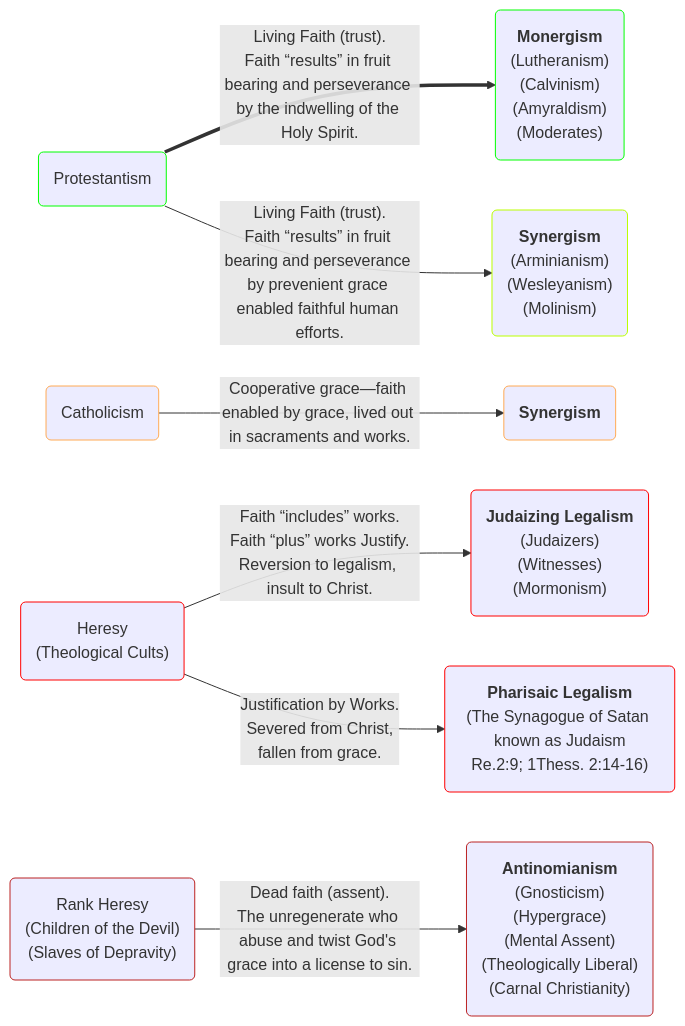
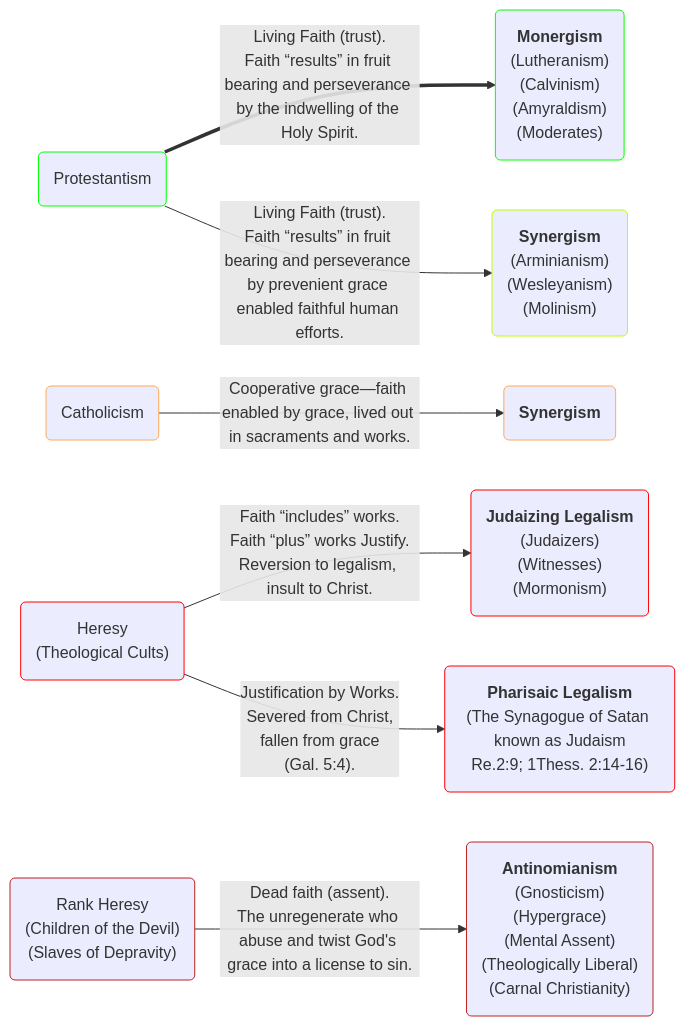
Before and after one commit to OrdoLuminis/ordoluminis.github.io: the first of 2 diagrams in _posts/2025-08-03-historic-protestant-position.markdown, drawn with Mermaid. The commit also changed other lines of this file, not shown here.

````diff
--- a/_posts/2025-08-03-historic-protestant-position.markdown
+++ b/_posts/2025-08-03-historic-protestant-position.markdown
@@ -51,18 +51,18 @@
 ```mermaid
 flowchart LR
     A(Protestantism):::green
     B(Catholicism):::orange
     C(Heresy<br>&lpar;Theological Cults&rpar;):::red
     D(Rank Heresy<br>&lpar;Children of the Devil&rpar;<br>&lpar;Slaves of Depravity&rpar;):::firebrick
     A ==>|Living Faith &lpar;trust&rpar;.<br>Faith &ldquo;results&rdquo; in fruit bearing and perseverance by the indwelling of the Holy Spirit.| E(<strong>Monergism</strong><br>&lpar;Lutheranism&rpar;<br>&lpar;Calvinism&rpar;<br>&lpar;Amyraldism&rpar;<br>&lpar;Moderates&rpar;):::green
     A -->|Living Faith &lpar;trust&rpar;.<br>Faith &ldquo;results&rdquo; in fruit bearing and perseverance by prevenient grace enabled faithful human efforts.| F(<strong>Synergism</strong><br>&lpar;Arminianism&rpar;<br>&lpar;Wesleyanism&rpar;<br>&lpar;Molinism&rpar;):::lightgreen
     B -->|Cooperative grace&mdash;faith enabled by grace, lived out in sacraments and works.|G(<strong>Synergism</strong>):::orange
     C -->|Faith &ldquo;includes&rdquo; works.<br>Faith &ldquo;plus&rdquo; works Justify.<br>Reversion to legalism, insult to Christ.| I(<strong>Judaizing Legalism</strong><br>&lpar;Judaizers&rpar;<br>&lpar;Witnesses&rpar;<br>&lpar;Mormonism&rpar;):::red
-    C -->|Justification by Works.<br>Severed from Christ,<br>fallen from grace.| H(<strong>Pharisaic Legalism</strong><br>&lpar;The Synagogue of Satan known as Judaism<br>Re.2:9; 1Thess. 2:14-16&rpar;):::red
+    C -->|Justification by Works.<br>Severed from Christ,<br>fallen from grace<br>&lpar;Gal. 5:4&rpar;.| H(<strong>Pharisaic Legalism</strong><br>&lpar;The Synagogue of Satan known as Judaism<br>Re.2:9; 1Thess. 2:14-16&rpar;):::red
     D -->|Dead faith &lpar;assent&rpar;.<br>The unregenerate who abuse and twist God's grace into a license to sin.| J(<strong>Antinomianism</strong><br>&lpar;Gnosticism&rpar;<br>&lpar;Hypergrace&rpar;<br>&lpar;Mental Assent&rpar;<br>&lpar;Theologically Liberal&rpar;<br>&lpar;Carnal Christianity&rpar;):::firebrick
     classDef red stroke:#f00
     classDef green stroke:#0f0
     classDef lightgreen stroke:#Bf0
     classDef orange stroke:#fa5
     classDef firebrick stroke:#b22
 ```
````
